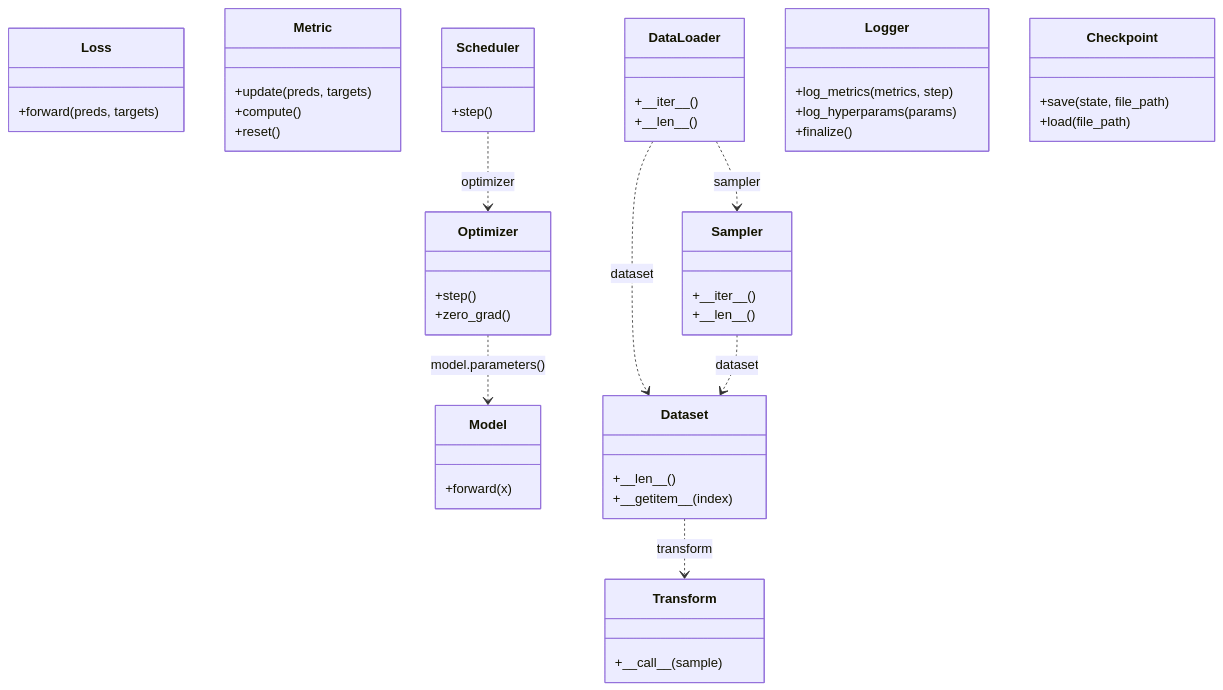
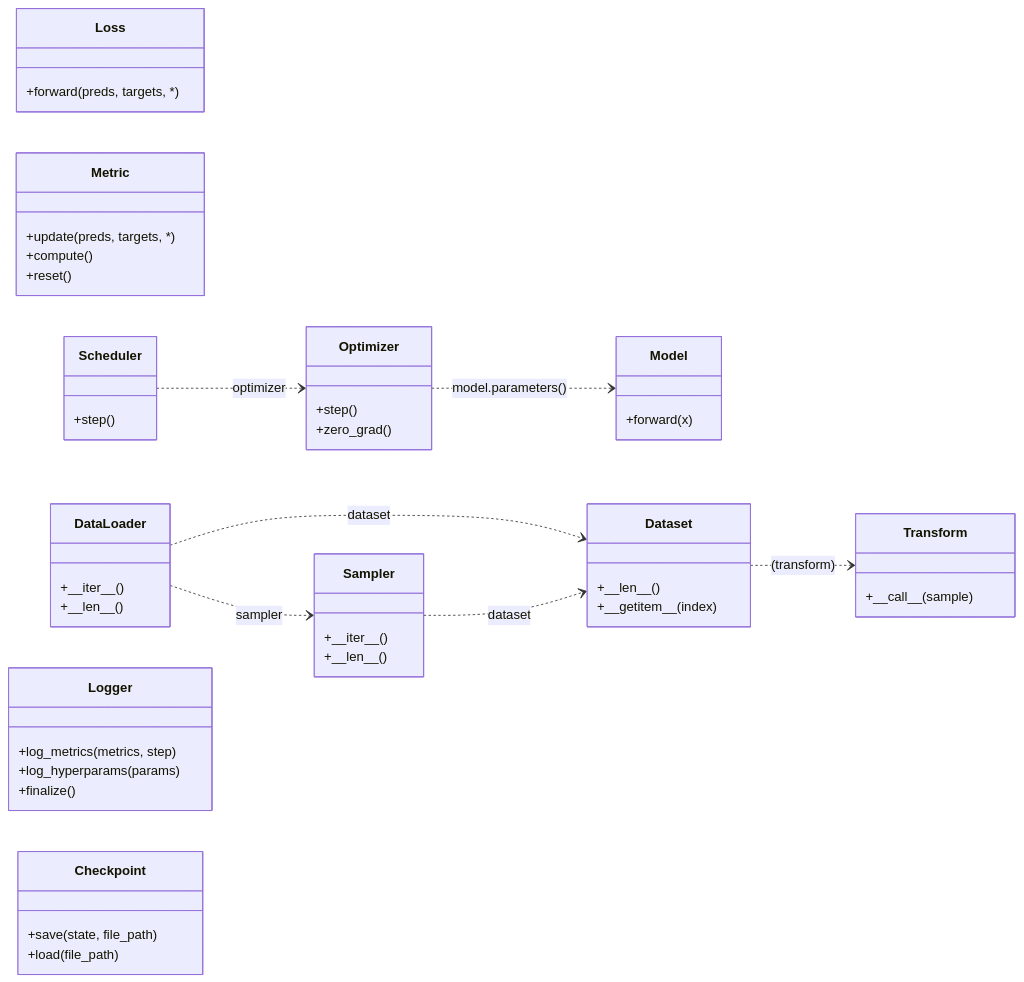
The diagram in README.md (deveronica/cvlab-kit), drawn with Mermaid before and after one commit. The commit also changed other lines of this file and 5 other files, not shown here.

````diff
--- a/README.md
+++ b/README.md
@@ -77,65 +128,65 @@
 ```mermaid
 classDiagram
-    direction TD
+    direction LR
 
     class Model {
         +forward(x)
     }
 
     class Loss {
-        +forward(preds, targets)
+        +forward(preds, targets, *)
     }
 
     class Metric {
-        +update(preds, targets)
+        +update(preds, targets, *)
         +compute()
         +reset()
+    }
+
+    class Dataset {
+        +\_\_len\_\_()
+        +\_\_getitem\_\_(index)
+    }
+
+    class Transform {
+        +\_\_call\_\_(sample)
     }
 
     class DataLoader {
         +\_\_iter\_\_()
         +\_\_len\_\_()
     }
 
-    class Dataset {
-        +\_\_len\_\_()
-        +\_\_getitem\_\_(index)
-    }
-
     class Sampler {
         +\_\_iter\_\_()
         +\_\_len\_\_()
-    }
-
-    class Transform {
-        +\_\_call\_\_(sample)
     }
 
     class Optimizer {
         +step()
         +zero_grad()
     }
 
     class Scheduler {
         +step()
     }
 
     class Logger {
         +log_metrics(metrics, step)
         +log_hyperparams(params)
         +finalize()
     }
 
     class Checkpoint {
         +save(state, file_path)
         +load(file_path)
     }
 
     %% Dependencies
     Optimizer ..> Model : model.parameters()
     Scheduler ..> Optimizer : optimizer
     DataLoader ..> Dataset : dataset
     DataLoader ..> Sampler : sampler
-    Dataset ..> Transform : transform
+    Dataset ..> Transform : (transform)
     Sampler ..> Dataset : dataset
 ```
````
